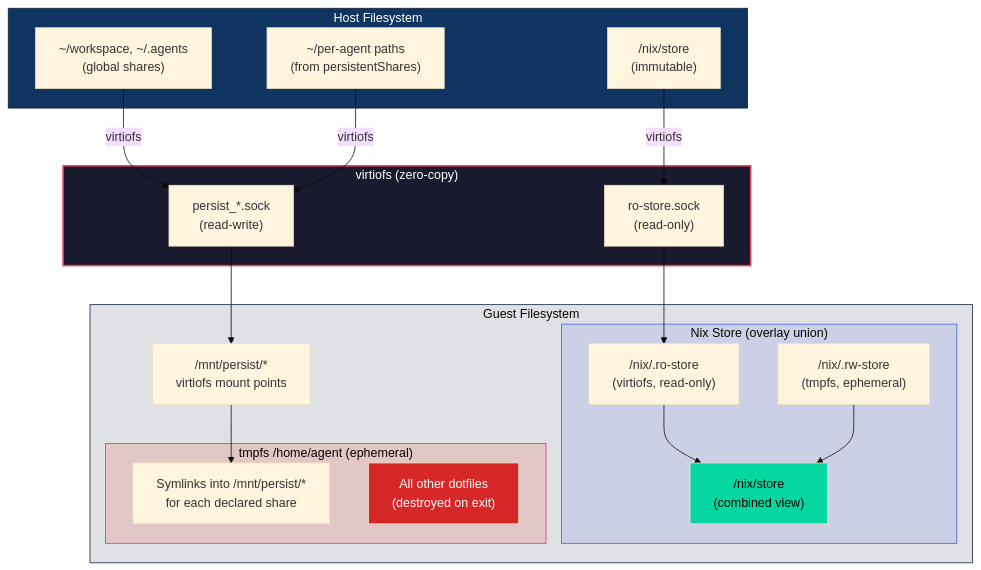
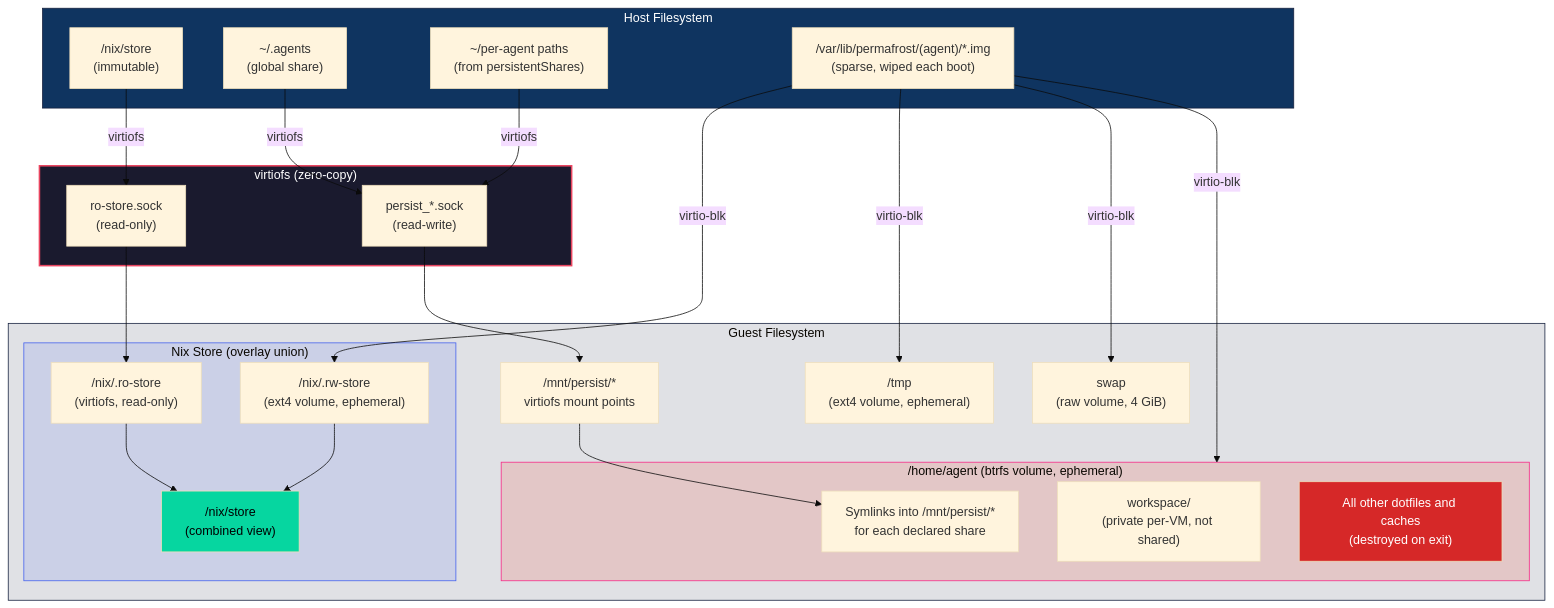
One commit to tenarches/nix-permafrost changed the sixth of 7 diagrams in README.md. Above: the diagram before and after it, drawn with Mermaid (base theme). The commit also changed other lines of this file and 3 other files, not shown here.

First line of the commit message:
docs: document guest storage architecture and new runners

````diff
--- a/README.md
+++ b/README.md
@@ -220,43 +238,51 @@
 ```mermaid
 graph TD
     subgraph HOST_FS["Host Filesystem"]
         H_STORE["/nix/store<br/>(immutable)"]
-        H_GLOBAL["~/workspace, ~/.agents<br/>(global shares)"]
+        H_GLOBAL["~/.agents<br/>(global share)"]
         H_AGENT["~/per-agent paths<br/>(from persistentShares)"]
+        H_IMG["/var/lib/permafrost/(agent)/*.img<br/>(sparse, wiped each boot)"]
     end
 
     subgraph VIRTIOFS["virtiofs (zero-copy)"]
         VF1["ro-store.sock<br/>(read-only)"]
         VF2["persist_*.sock<br/>(read-write)"]
     end
 
     subgraph GUEST_FS["Guest Filesystem"]
         subgraph NIX_UNION["Nix Store (overlay union)"]
             RO["/nix/.ro-store<br/>(virtiofs, read-only)"]
-            RW["/nix/.rw-store<br/>(tmpfs, ephemeral)"]
+            RW["/nix/.rw-store<br/>(ext4 volume, ephemeral)"]
             UNION["/nix/store<br/>(combined view)"]
         end
 
-        subgraph HOME["tmpfs /home/agent (ephemeral)"]
+        subgraph HOME["/home/agent (btrfs volume, ephemeral)"]
             SYMS["Symlinks into /mnt/persist/*<br/>for each declared share"]
-            EPHEM["All other dotfiles<br/>(destroyed on exit)"]
+            WS["workspace/<br/>(private per-VM, not shared)"]
+            EPHEM["All other dotfiles and caches<br/>(destroyed on exit)"]
         end
 
+        TMPV["/tmp<br/>(ext4 volume, ephemeral)"]
+        SWAP["swap<br/>(raw volume, 4 GiB)"]
         PERSIST["/mnt/persist/*<br/>virtiofs mount points"]
     end
 
     H_STORE -->|virtiofs| VF1 --> RO
     H_GLOBAL -->|virtiofs| VF2 --> PERSIST
     H_AGENT -->|virtiofs| VF2
+    H_IMG -->|virtio-blk| RW
+    H_IMG -->|virtio-blk| HOME
+    H_IMG -->|virtio-blk| TMPV
+    H_IMG -->|virtio-blk| SWAP
     RO --> UNION
     RW --> UNION
     PERSIST --> SYMS
 
     style HOST_FS fill:#0f3460,stroke:#16213e,color:#fff
     style VIRTIOFS fill:#1a1a2e,stroke:#e94560,color:#fff,stroke-width:2px
     style GUEST_FS fill:#16213e22,stroke:#16213e
     style NIX_UNION fill:#4361ee22,stroke:#4361ee
     style HOME fill:#f7200522,stroke:#f72585
     style EPHEM fill:#d62828,color:#fff
     style UNION fill:#06d6a0,color:#000
 ```
````
